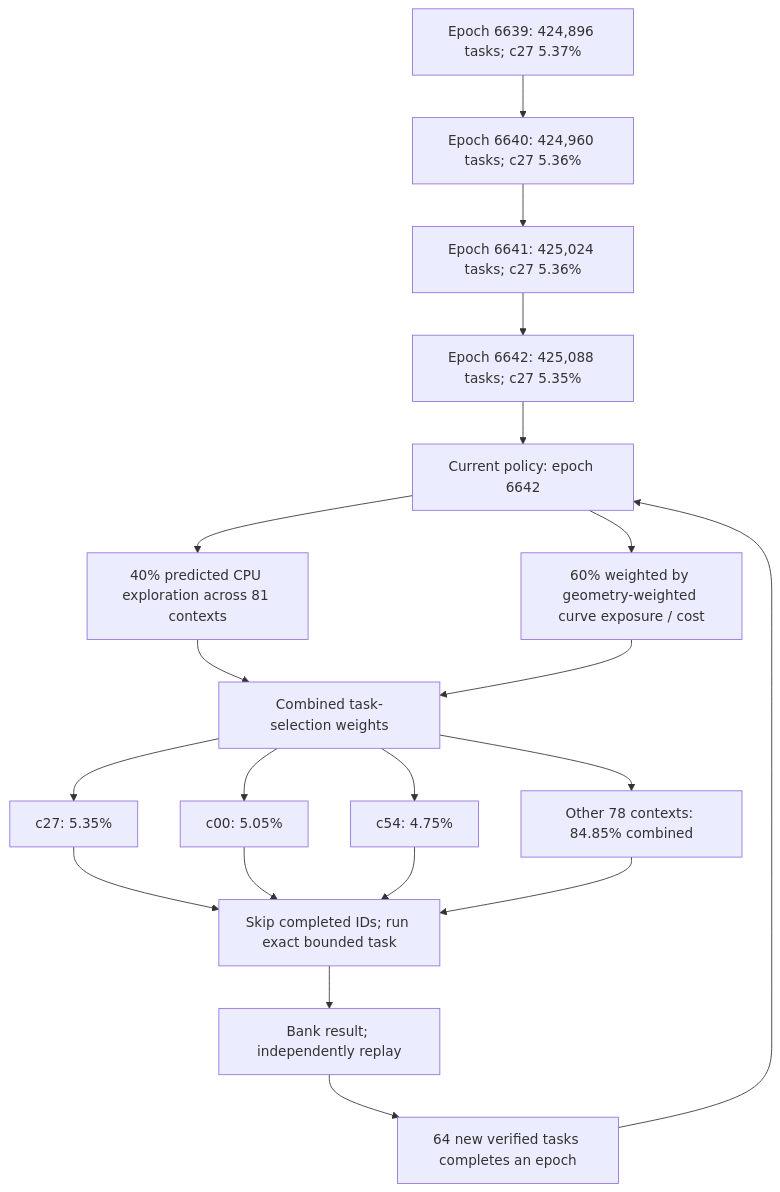
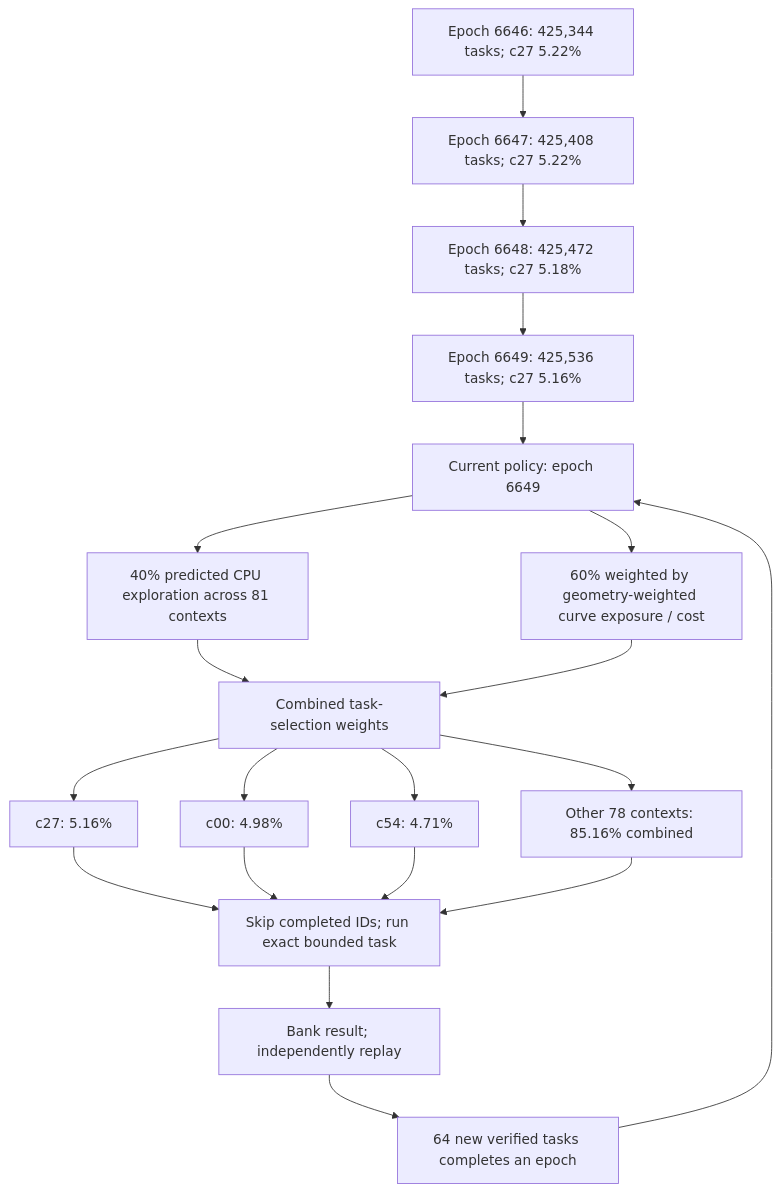
Before and after one commit to Kuberwastaken/math-gambling: the first of 4 diagrams in README.md, drawn with Mermaid. The commit also changed other lines of this file and 1486 other files, not shown here.

````diff
--- a/README.md
+++ b/README.md
@@ -60,27 +60,27 @@
 ```mermaid
 flowchart TD
-    H0["Epoch 6639: 424,896 tasks; c27 5.37%"]
-    H1["Epoch 6640: 424,960 tasks; c27 5.36%"]
+    H0["Epoch 6646: 425,344 tasks; c27 5.22%"]
+    H1["Epoch 6647: 425,408 tasks; c27 5.22%"]
     H0 --> H1
-    H2["Epoch 6641: 425,024 tasks; c27 5.36%"]
+    H2["Epoch 6648: 425,472 tasks; c27 5.18%"]
     H1 --> H2
-    H3["Epoch 6642: 425,088 tasks; c27 5.35%"]
+    H3["Epoch 6649: 425,536 tasks; c27 5.16%"]
     H2 --> H3
-    Policy["Current policy: epoch 6642"]
+    Policy["Current policy: epoch 6649"]
     H3 --> Policy
     Policy --> Explore["40% predicted CPU exploration across 81 contexts"]
     Policy --> Cost["60% weighted by geometry-weighted curve exposure / cost"]
     Explore --> Mix["Combined task-selection weights"]
     Cost --> Mix
-    Mix --> C0["c27: 5.35%"]
-    Mix --> C1["c00: 5.05%"]
-    Mix --> C2["c54: 4.75%"]
-    Mix --> Rest["Other 78 contexts: 84.85% combined"]
+    Mix --> C0["c27: 5.16%"]
+    Mix --> C1["c00: 4.98%"]
+    Mix --> C2["c54: 4.71%"]
+    Mix --> Rest["Other 78 contexts: 85.16% combined"]
     C0 --> Check["Skip completed IDs; run exact bounded task"]
     C1 --> Check
     C2 --> Check
     Rest --> Check
     Check --> Replay["Bank result; independently replay"]
     Replay --> Gate["64 new verified tasks completes an epoch"]
     Gate --> Policy
 ```
````
